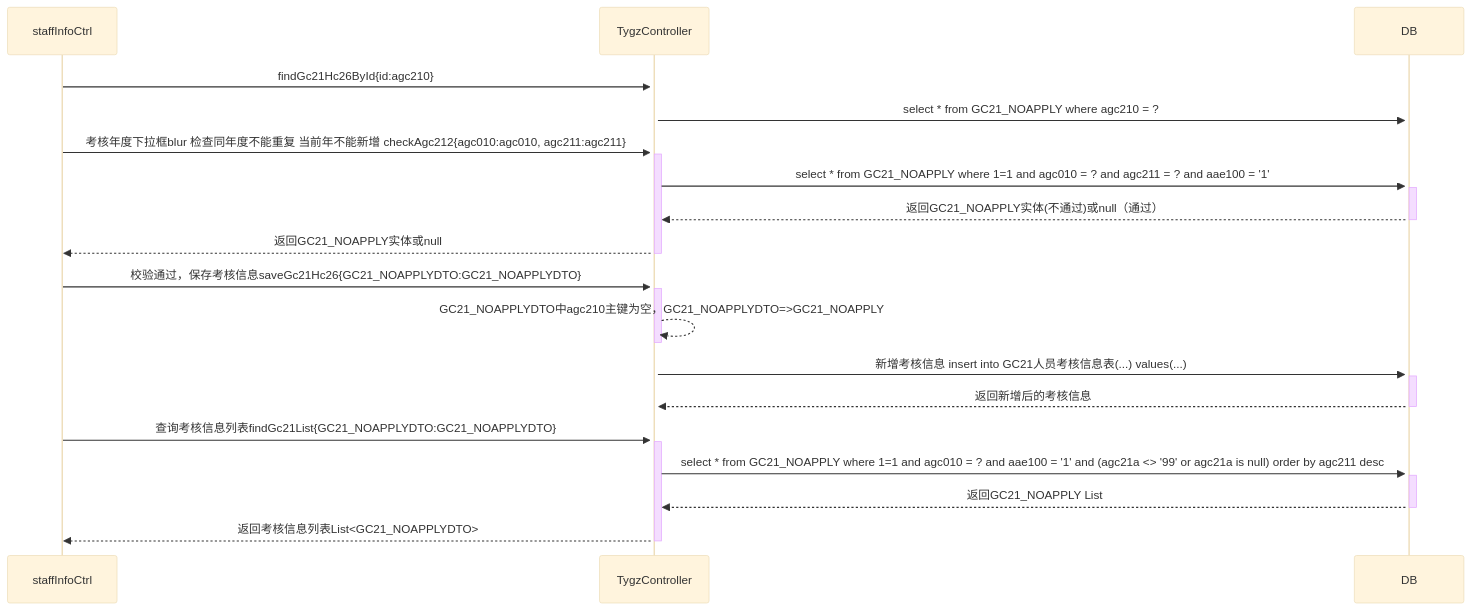
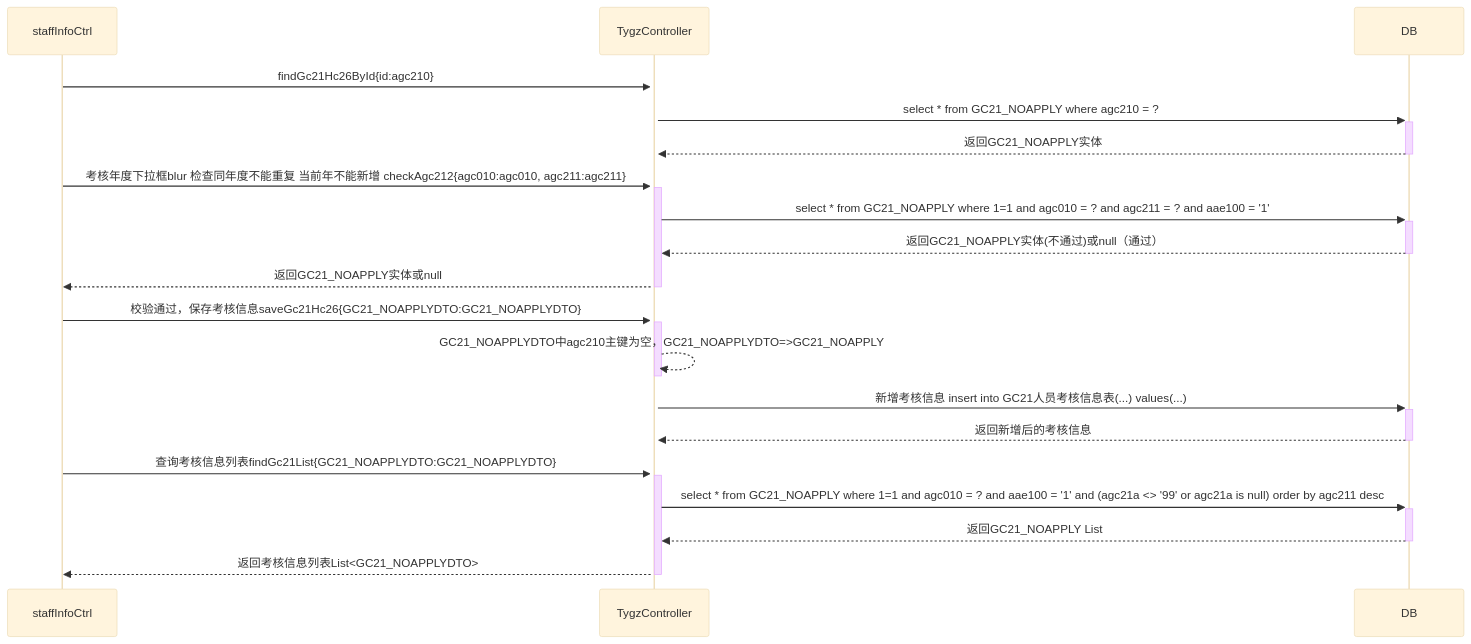
One commit to ZhangJianBeiJing/iodraw-files changed the diagram in all/人员考核信息修改按钮的调用业务流程.md. Above: the diagram before and after it, drawn with Mermaid (base theme).

Commit message:
2025-03-26 09:59:31 update

````diff
--- a/all/人员考核信息修改按钮的调用业务流程.md
+++ b/all/人员考核信息修改按钮的调用业务流程.md
@@ -1,20 +1,21 @@
 ```mermaid
 sequenceDiagram
 
     staffInfoCtrl->>+TygzController:findGc21Hc26ById{id:agc210}
     TygzController->>+DB:select * from GC21_NOAPPLY where agc210 = ?
+    DB-->>-TygzController:返回GC21_NOAPPLY实体
     
     staffInfoCtrl->>+TygzController:考核年度下拉框blur 检查同年度不能重复 当前年不能新增 checkAgc212{agc010:agc010, agc211:agc211}
     TygzController->>+DB:select * from GC21_NOAPPLY where 1=1 and agc010 = ? and agc211 = ? and aae100 = '1'
     DB-->>-TygzController:返回GC21_NOAPPLY实体(不通过)或null（通过）
     TygzController-->>-staffInfoCtrl:返回GC21_NOAPPLY实体或null
 
     staffInfoCtrl->>+TygzController:校验通过，保存考核信息saveGc21Hc26{GC21_NOAPPLYDTO:GC21_NOAPPLYDTO}
     TygzController-->>-TygzController:GC21_NOAPPLYDTO中agc210主键为空，GC21_NOAPPLYDTO=>GC21_NOAPPLY
     TygzController->>+DB:新增考核信息 insert into GC21人员考核信息表(...) values(...)
     DB-->>-TygzController:返回新增后的考核信息
     staffInfoCtrl->>+TygzController:查询考核信息列表findGc21List{GC21_NOAPPLYDTO:GC21_NOAPPLYDTO}
     TygzController->>+DB:select * from GC21_NOAPPLY where 1=1 and agc010 = ? and aae100 = '1' and (agc21a <> '99' or agc21a is null) order by agc211 desc
     DB-->>-TygzController:返回GC21_NOAPPLY List
     TygzController-->>-staffInfoCtrl:返回考核信息列表List<GC21_NOAPPLYDTO>
 ```
````
